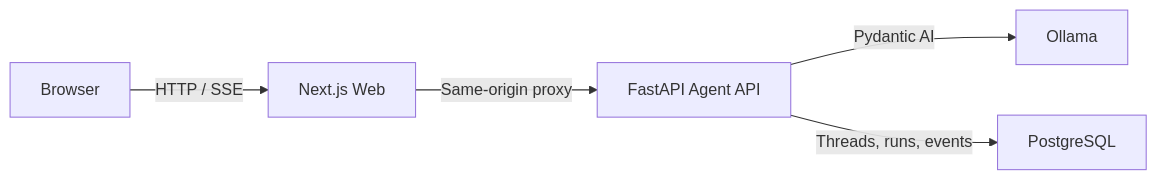
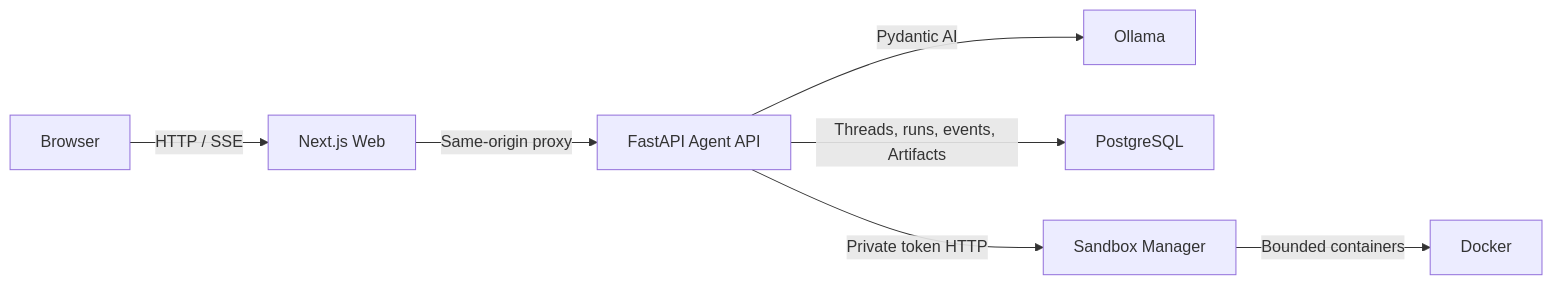
The diagram in README.md (TheHtmler/AgentOS), drawn with Mermaid before and after one commit. The commit also changed other lines of this file and 31 other files, not shown here.

````diff
--- a/README.md
+++ b/README.md
@@ -36,7 +38,9 @@
 ```mermaid
 flowchart LR
     Browser["Browser"] -->|"HTTP / SSE"| Web["Next.js Web"]
     Web -->|"Same-origin proxy"| API["FastAPI Agent API"]
     API -->|"Pydantic AI"| Ollama["Ollama"]
-    API -->|"Threads, runs, events"| PostgreSQL["PostgreSQL"]
+    API -->|"Threads, runs, events, Artifacts"| PostgreSQL["PostgreSQL"]
+    API -->|"Private token HTTP"| Sandbox["Sandbox Manager"]
+    Sandbox -->|"Bounded containers"| Docker["Docker"]
 ```
````
